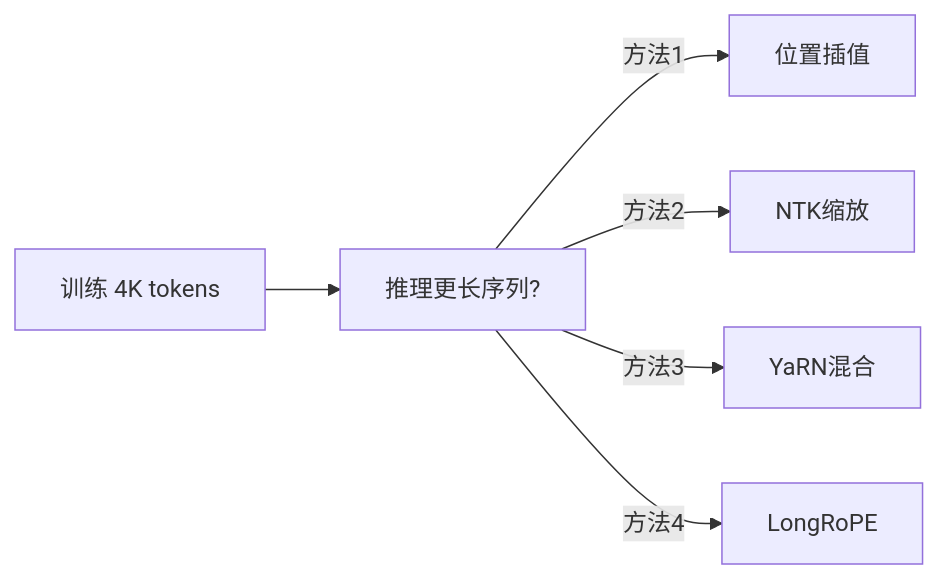
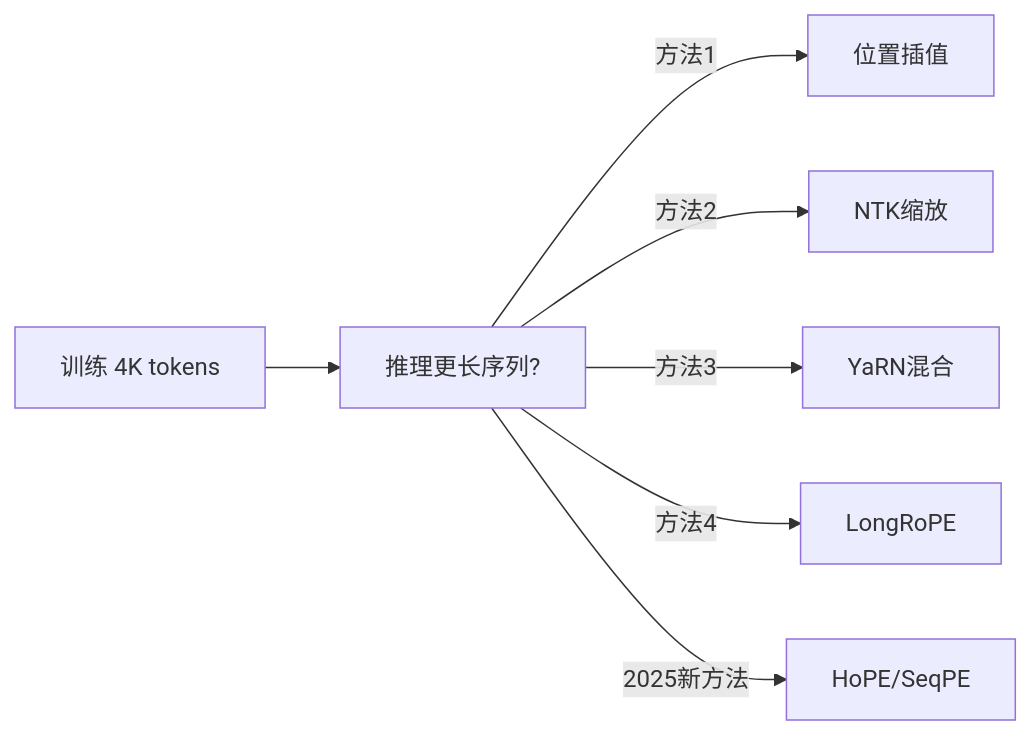
Diagram 11 of 15 in learning/website/docs/basics/04-positional-encoding.md (Xunzhuo/mini-sglang), drawn with Mermaid before and after one commit. The commit also changed other lines of this file and 7 other files, not shown here.

````diff
--- a/learning/website/docs/basics/04-positional-encoding.md
+++ b/learning/website/docs/basics/04-positional-encoding.md
@@ -237,8 +285,9 @@
 ```mermaid
 graph LR
     T[训练 4K tokens] --> P[推理更长序列?]
     P --> |方法1| PI[位置插值]
     P --> |方法2| NTK[NTK缩放]
     P --> |方法3| YaRN[YaRN混合]
     P --> |方法4| LR[LongRoPE]
+    P --> |2025新方法| H5[HoPE/SeqPE]
 ```
````
